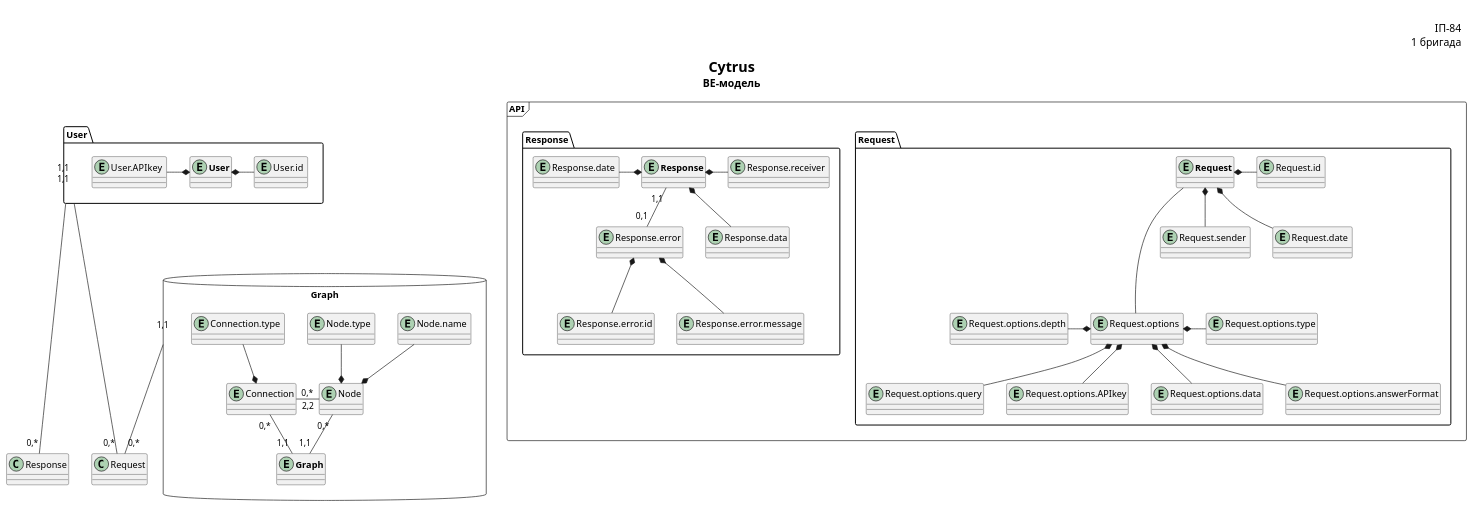
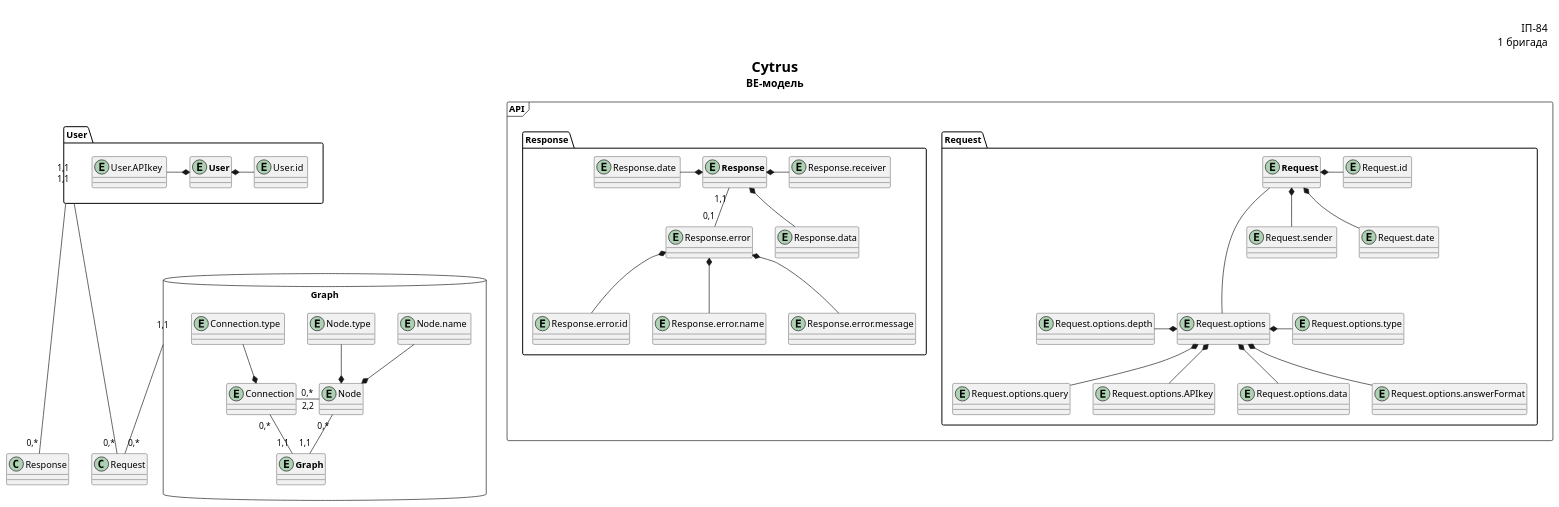
One commit to NeProgramist/Cytrus changed the diagram in doc/uml/BE_model.puml. Above: the diagram before and after it, drawn with PlantUML.

Commit message:
add error name field

```diff
--- a/doc/uml/BE_model.puml
+++ b/doc/uml/BE_model.puml
@@ -1,91 +1,93 @@
 @startuml
 title
   <font size=22 color=black><b>Cytrus</b>
   <font size=16 color=black>BE-модель
 end title
 
 right header
 <font color=fff size=16>Павлов підор
 <font color=000 size=16>ІП-84
 <font color=000 size=16>1 бригада
 end header
 
 package User {
     entity "<b>User" as User
     entity "User.id " as UserId
     entity "User.APIkey " as UserKey
     User *- UserId
     UserKey -* User
 }
 
 package Graph <<Database>> {
     entity Node
     entity "Node.name " as nodeName
     entity "Node.type " as nodeType
     nodeName --* Node
     nodeType --* Node
 
     entity Connection
     entity "Connection.type " as ConnectionType
     ConnectionType --* Connection
     Node "2,2" -l- "0,*" Connection
 
     entity "<b>Graph" as Graph
     Node "0,*" -- "1,1" Graph
     Connection "0,*" -- "1,1" Graph
 }
 
 package API <<Frame>> {
     package Request {
     entity "<b>Request" as Request
     entity "Request.sender " as RequestSender
     entity "Request.options " as RequestOptions
     entity "Request.id " as RequestId
     entity "Request.date " as RequestDate
 
     Request *-- RequestSender
     Request *- RequestId
     Request --- RequestOptions
     Request *-- RequestDate
 
     entity "Request.options.depth" as RequestOptionsDepth
     entity "Request.options.query" as RequestOptionsQuery
     entity "Request.options.APIkey" as RequestOptionsKey
     entity "Request.options.type" as RequestOptionsType
     entity "Request.options.data" as RequestOptionsData
     entity "Request.options.answerFormat" as RequestOptionsAnswerFormat
 
     RequestOptions *-- RequestOptionsAnswerFormat
     RequestOptionsDepth -* RequestOptions
     RequestOptions *-- RequestOptionsKey
     RequestOptions *-- RequestOptionsQuery
     RequestOptions *- RequestOptionsType
     RequestOptions *-- RequestOptionsData
     }
 
     package Response {
         entity "<b>Response" as Response
         entity "Response.date " as ResponseDate
         entity "Response.receiver " as ResponseReceiver
 
 
         ResponseDate -* Response
         Response *- ResponseReceiver
 
         entity "Response.error" as ResponseError
         entity "Response.error.id" as ResponseErrorId
+        entity "Response.error.name" as ResponseErrorName
         entity "Response.error.message" as ResponseErrorMsg
         entity "Response.data" as ResponseData
 
         Response *-- ResponseData
         Response "1,1" -- "0,1" ResponseError
         ResponseError *-- ResponseErrorId
+        ResponseError *-- ResponseErrorName
         ResponseError *-- ResponseErrorMsg
     }
 }
 
 User "1,1"  ----- "0,*" Response
 User "1,1" ----- "0,*" Request
 Graph "1,1" --- "0,*" Request
 
 @enduml
```
